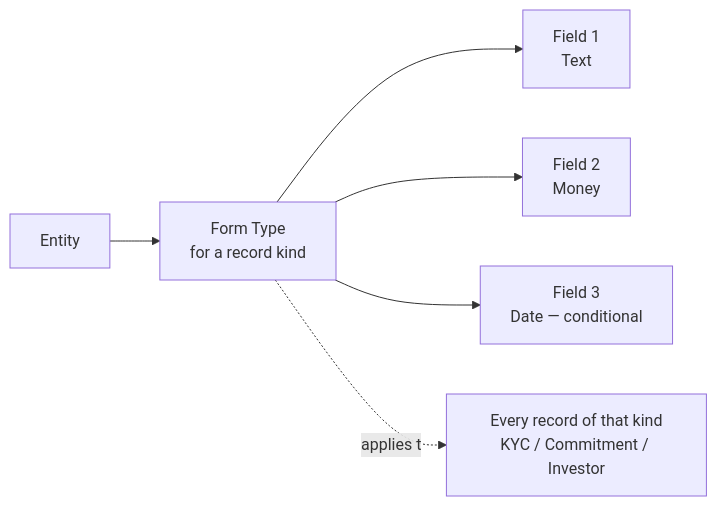
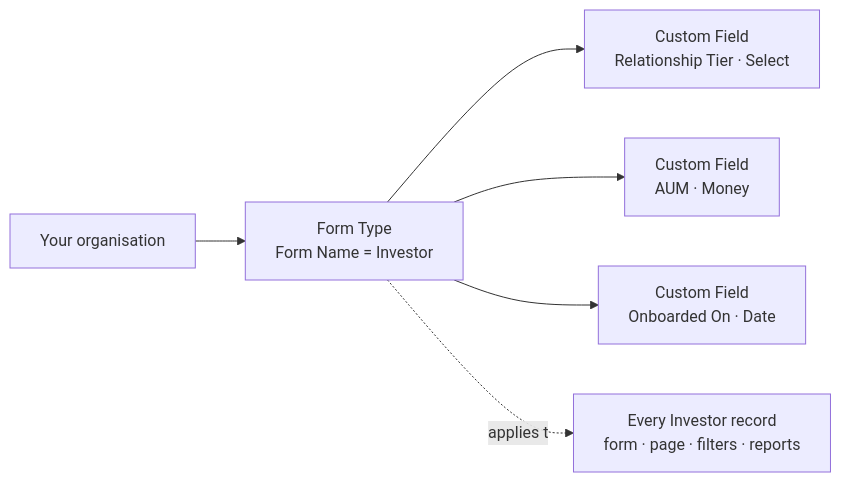
One commit to sampadadiwan/IRM_CompanyMain changed the first of 4 diagrams in docs/user_guides/custom_fields_user_guide.md. Above: the diagram before and after it, drawn with Mermaid. The commit also changed other lines of this file and 135 other files, not shown here.

````diff
--- a/docs/user_guides/custom_fields_user_guide.md
+++ b/docs/user_guides/custom_fields_user_guide.md
@@ -51,8 +74,8 @@
 ```mermaid
 graph LR
-    Entity --> FormType[Form Type<br/>for a record kind]
-    FormType --> F1[Field 1<br/>Text]
-    FormType --> F2[Field 2<br/>Money]
-    FormType --> F3[Field 3<br/>Date — conditional]
-    FormType -.applies to.-> Records[Every record of that kind<br/>KYC / Commitment / Investor]
+    Entity[Your organisation] --> FormType[Form Type<br/>Form Name = Investor]
+    FormType --> F1[Custom Field<br/>Relationship Tier · Select]
+    FormType --> F2[Custom Field<br/>AUM · Money]
+    FormType --> F3[Custom Field<br/>Onboarded On · Date]
+    FormType -.applies to.-> Records[Every Investor record<br/>form · page · filters · reports]
 ```
````
